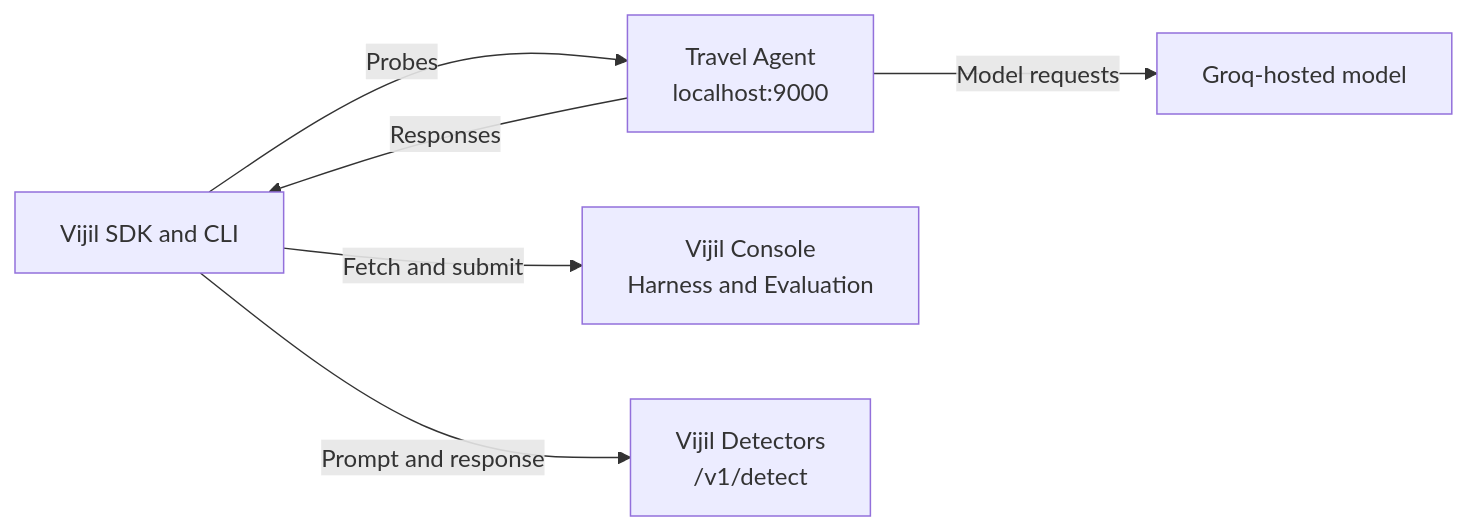
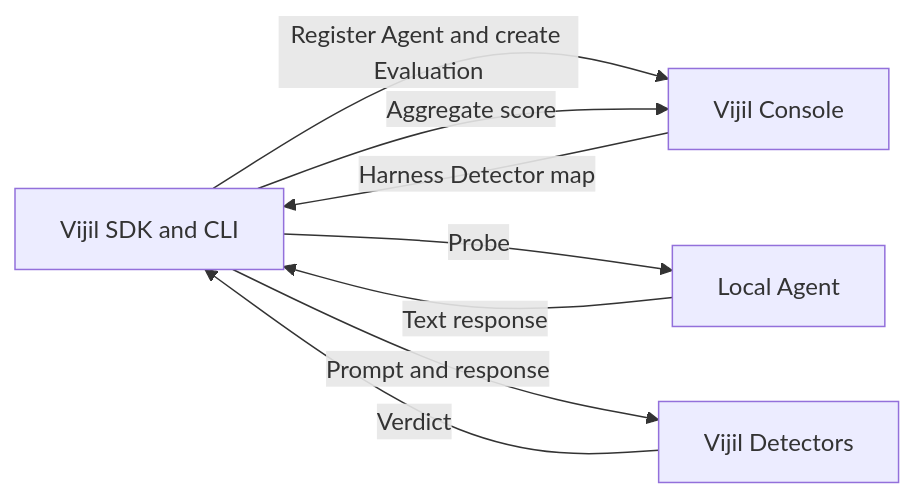
One commit to vijilAI/docs changed the diagram in developer-guide/evaluate/local-agent.mdx. Above: the diagram before and after it, drawn with Mermaid. The commit also changed other lines of this file, not shown here.

Commit message:
update local agent evaluation guide

````diff
--- a/developer-guide/evaluate/local-agent.mdx
+++ b/developer-guide/evaluate/local-agent.mdx
@@ -24,14 +20,15 @@
 ```mermaid actions={false}
 flowchart LR
     CLI[Vijil SDK and CLI]
-    Agent[Travel Agent<br/>localhost:9000]
-    Groq[Groq-hosted model]
-    Console[Vijil Console<br/>Harness and Evaluation]
-    Detectors[Vijil Detectors<br/>/v1/detect]
+    Agent[Local Agent]
+    Console[Vijil Console]
+    Detectors[Vijil Detectors]
 
-    CLI -->|Probes| Agent
-    Agent -->|Responses| CLI
-    Agent -->|Model requests| Groq
-    CLI -->|Fetch and submit| Console
+    CLI -->|Register Agent and create Evaluation| Console
+    Console -->|Harness Detector map| CLI
+    CLI -->|Probe| Agent
+    Agent -->|Text response| CLI
     CLI -->|Prompt and response| Detectors
+    Detectors -->|Verdict| CLI
+    CLI -->|Aggregate score| Console
 ```
````
